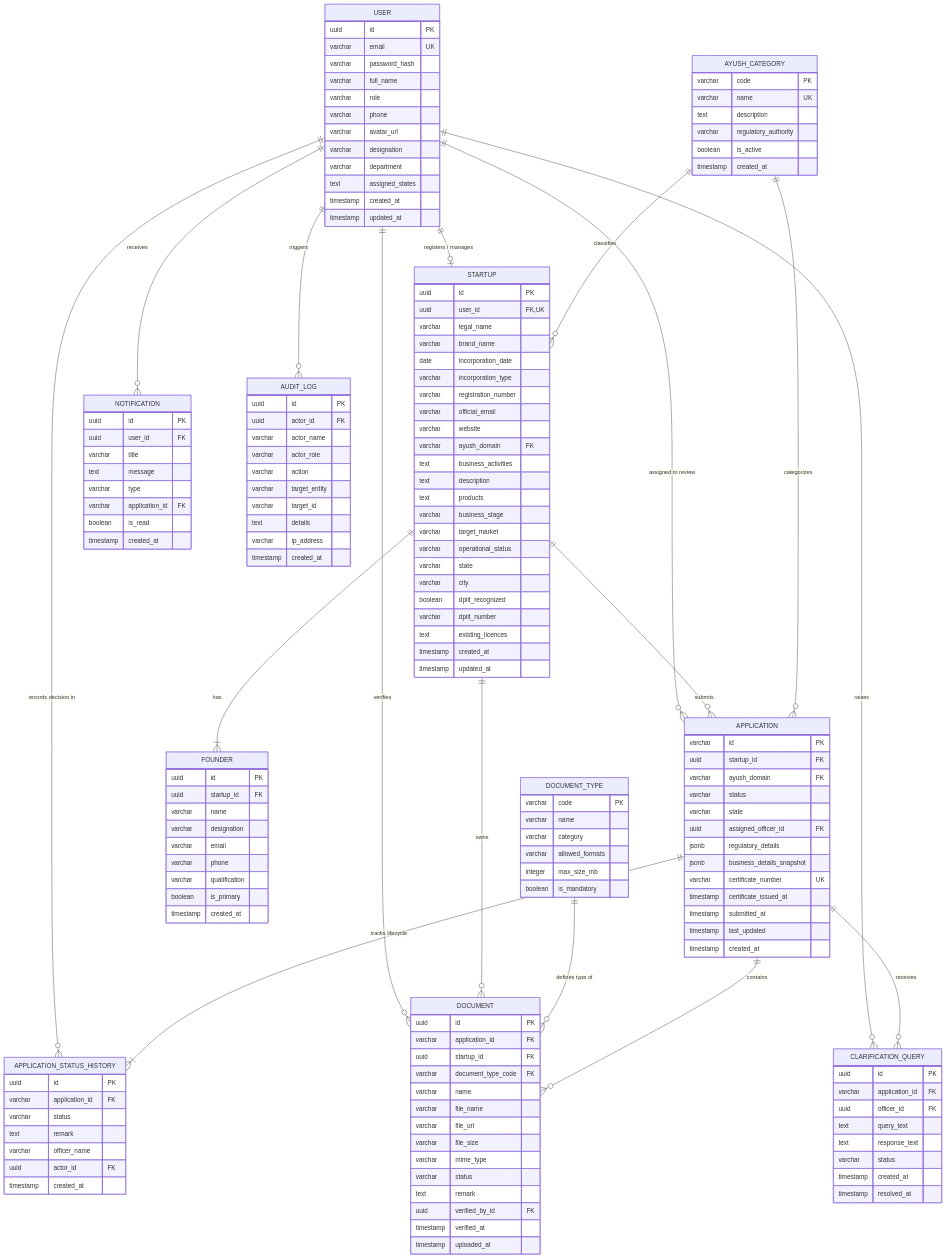
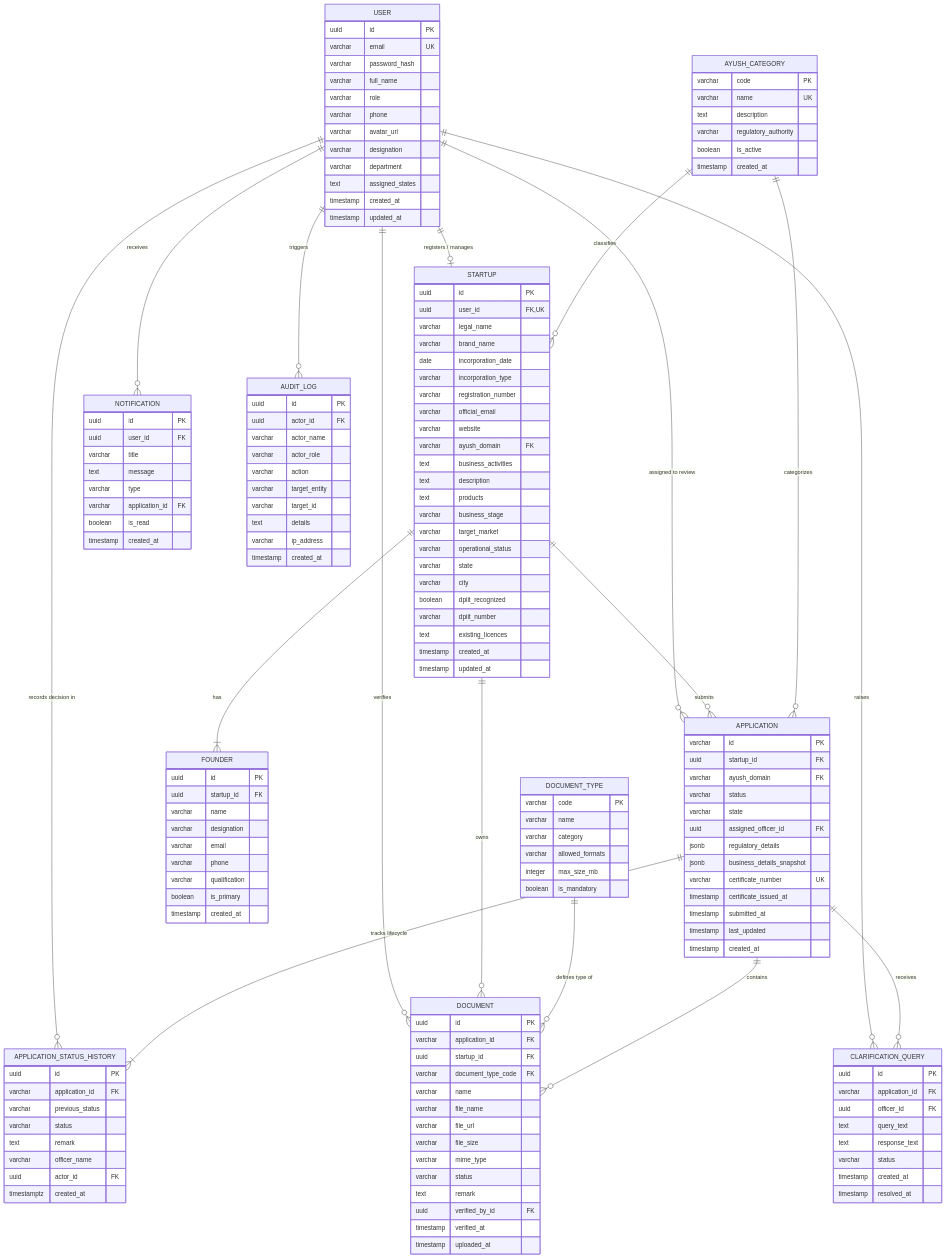
Before and after one commit to Prakhar-Jaiswal17/AYUSH-Startup-Registration-Portal: the diagram in docs/ER-diagram.md, drawn with Mermaid. The commit also changed 8 other files, not shown here.

Commit message:
feat(db): implement PostgreSQL relational schema and seed data

```diff
--- a/docs/ER-diagram.md
+++ b/docs/ER-diagram.md
@@ -143,11 +143,12 @@
     APPLICATION_STATUS_HISTORY {
         uuid id PK
         varchar application_id FK
+        varchar previous_status
         varchar status
         text remark
         varchar officer_name
         uuid actor_id FK
-        timestamp created_at
+        timestamptz created_at
     }
 
     CLARIFICATION_QUERY {
```
